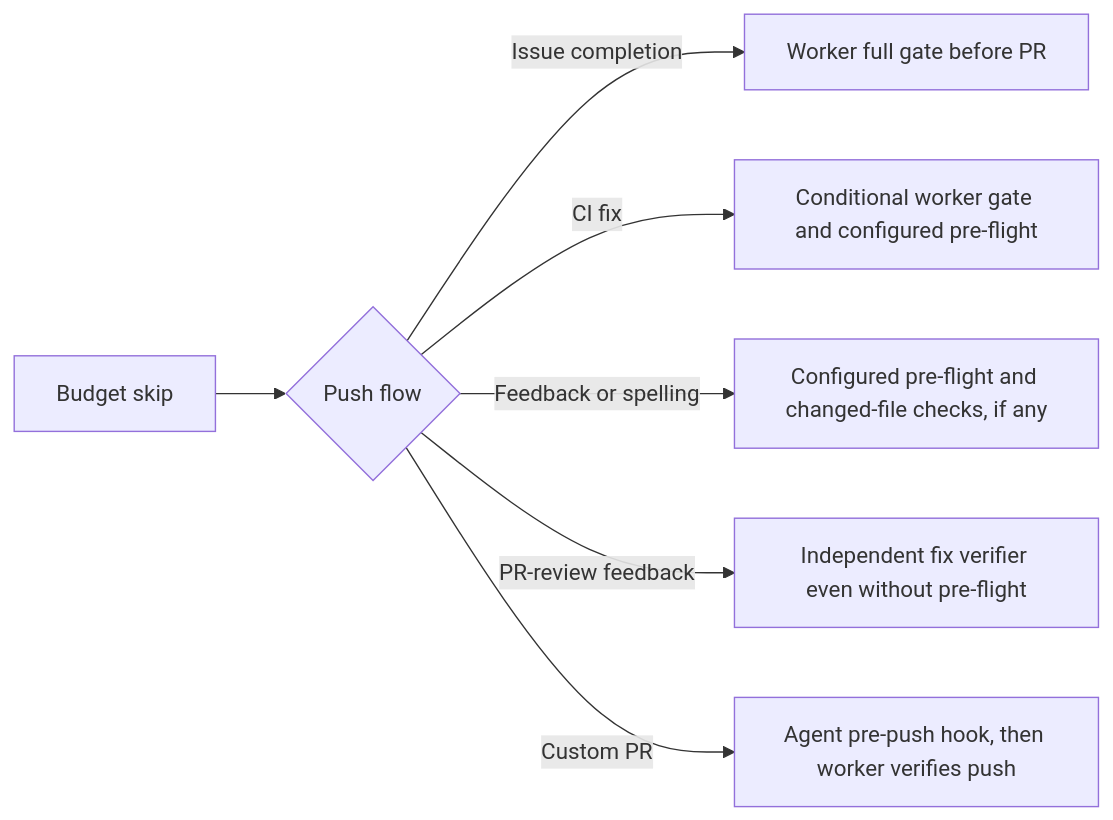
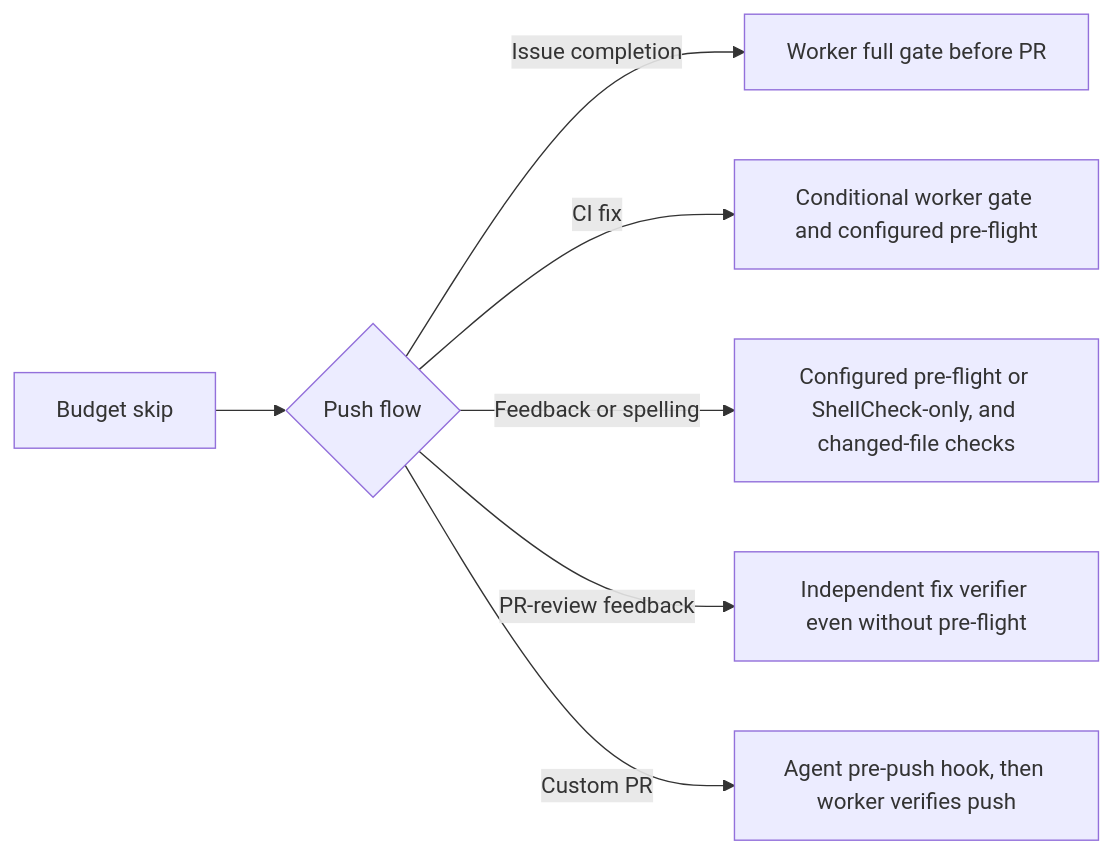
Before and after one commit to stSoftwareAU/VibeCoder: the diagram in docs/archive/pr-summaries/pr-summary-4876.md, drawn with Mermaid. The commit also changed other lines of this file and 24 other files, not shown here.

First line of the commit message:
Shift left: execute affected ShellCheck checks through the shared pre-push validation path (Issue #4631) (#4898)

````diff
--- a/docs/archive/pr-summaries/pr-summary-4876.md
+++ b/docs/archive/pr-summaries/pr-summary-4876.md
@@ -62,9 +63,9 @@
 ```mermaid
 flowchart LR
     A[Budget skip] --> B{Push flow}
     B -->|Issue completion| C[Worker full gate before PR]
     B -->|CI fix| D[Conditional worker gate and configured pre-flight]
-    B -->|Feedback or spelling| E[Configured pre-flight and changed-file checks, if any]
+    B -->|Feedback or spelling| E[Configured pre-flight or ShellCheck-only, and changed-file checks]
     B -->|PR-review feedback| F[Independent fix verifier even without pre-flight]
     B -->|Custom PR| G[Agent pre-push hook, then worker verifies push]
 ```
````
